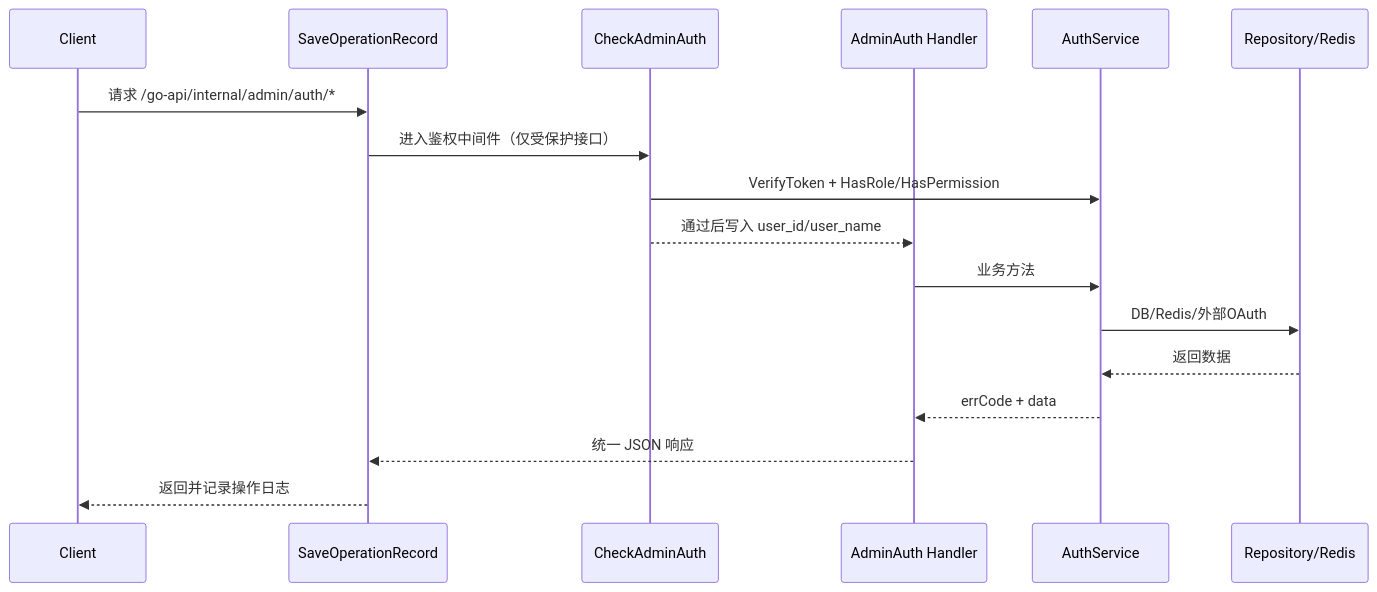
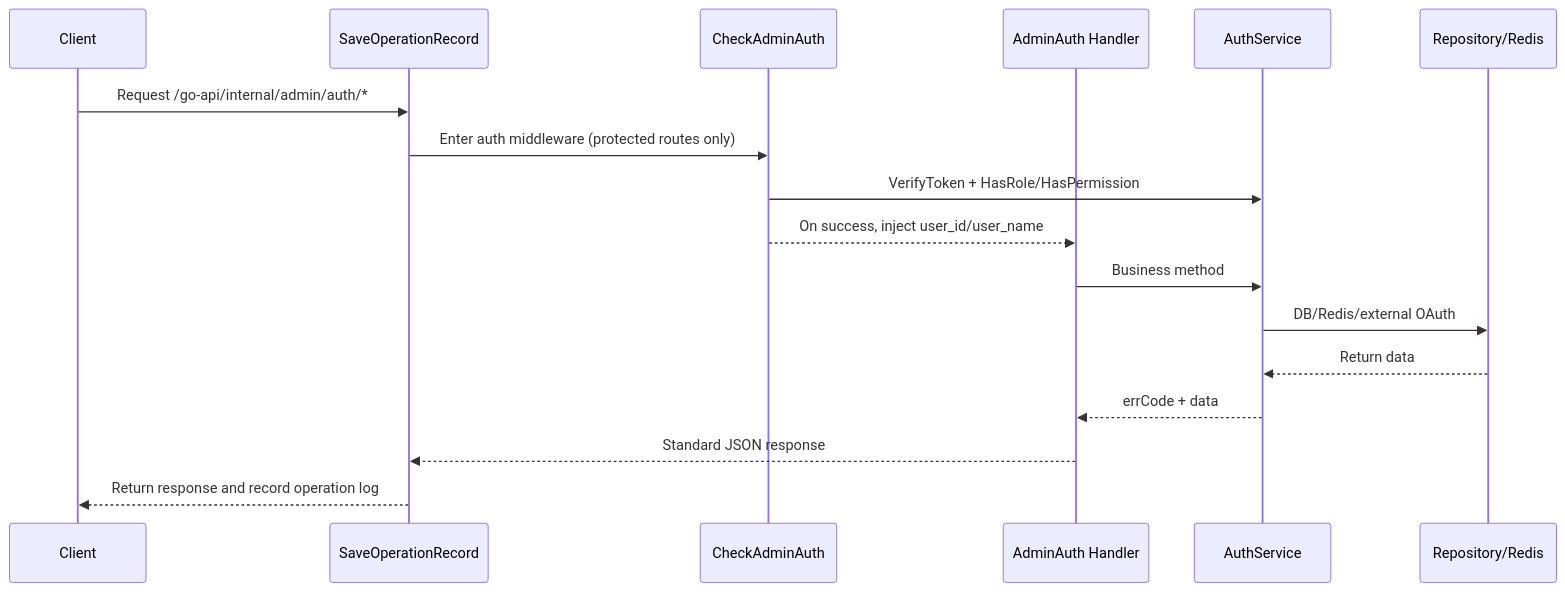
Before and after one commit to seakee/go-api: the diagram in docs/Admin-Auth.md, drawn with Mermaid. The commit also changed other lines of this file and 5 other files, not shown here.

````diff
--- a/docs/Admin-Auth.md
+++ b/docs/Admin-Auth.md
@@ -62,20 +66,20 @@
 ```mermaid
 sequenceDiagram
   participant C as Client
   participant OR as SaveOperationRecord
   participant MA as CheckAdminAuth
   participant H as AdminAuth Handler
   participant S as AuthService
   participant R as Repository/Redis
 
-  C->>OR: 请求 /go-api/internal/admin/auth/*
-  OR->>MA: 进入鉴权中间件（仅受保护接口）
+  C->>OR: Request /go-api/internal/admin/auth/*
+  OR->>MA: Enter auth middleware (protected routes only)
   MA->>S: VerifyToken + HasRole/HasPermission
-  MA-->>H: 通过后写入 user_id/user_name
-  H->>S: 业务方法
-  S->>R: DB/Redis/外部OAuth
-  R-->>S: 返回数据
+  MA-->>H: On success, inject user_id/user_name
+  H->>S: Business method
+  S->>R: DB/Redis/external OAuth
+  R-->>S: Return data
   S-->>H: errCode + data
-  H-->>OR: 统一 JSON 响应
-  OR-->>C: 返回并记录操作日志
+  H-->>OR: Standard JSON response
+  OR-->>C: Return response and record operation log
 ```
````
